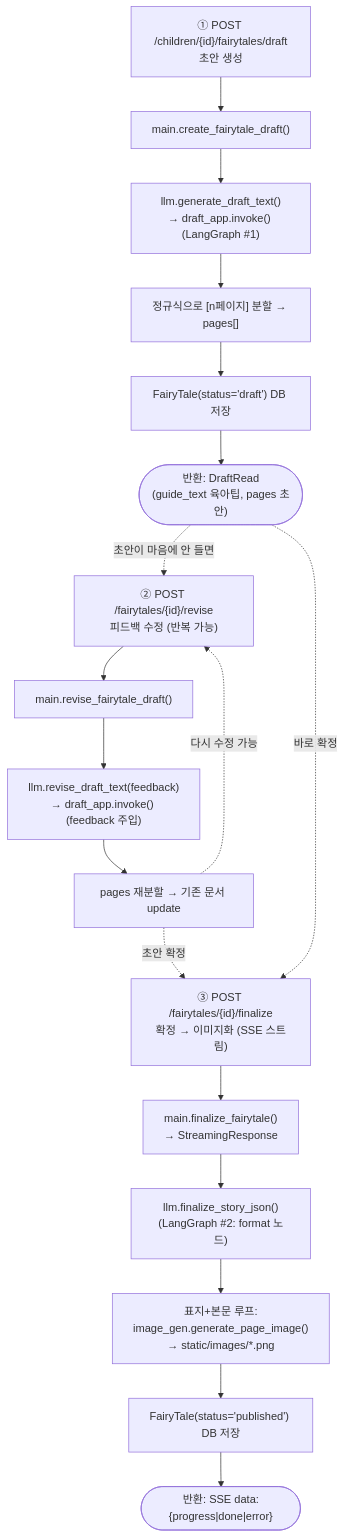
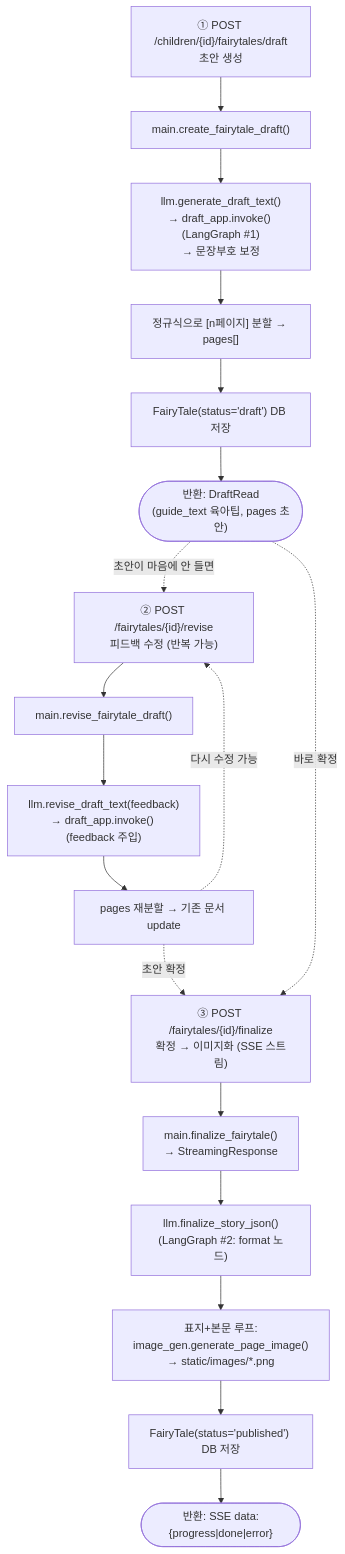
One commit to sjung-csumb/storyTeller changed the second of 8 diagrams in 260707project/FLOWCHART.md. Above: the diagram before and after it, drawn with Mermaid. The commit also changed other lines of this file and 50 other files, not shown here.

````diff
--- a/260707project/FLOWCHART.md
+++ b/260707project/FLOWCHART.md
@@ -56,29 +69,29 @@
 ```mermaid
 flowchart TD
     A["① POST /children/{id}/fairytales/draft<br/>초안 생성"]
     A1["main.create_fairytale_draft()"]
-    A2["llm.generate_draft_text()<br/>→ draft_app.invoke() (LangGraph #1)"]
+    A2["llm.generate_draft_text()<br/>→ draft_app.invoke() (LangGraph #1)<br/>→ 문장부호 보정"]
     A3["정규식으로 [n페이지] 분할 → pages[]"]
     A4["FairyTale(status='draft') DB 저장"]
     A5(["반환: DraftRead<br/>(guide_text 육아팁, pages 초안)"])
 
     B["② POST /fairytales/{id}/revise<br/>피드백 수정 (반복 가능)"]
     B1["main.revise_fairytale_draft()"]
     B2["llm.revise_draft_text(feedback)<br/>→ draft_app.invoke() (feedback 주입)"]
     B3["pages 재분할 → 기존 문서 update"]
 
     C["③ POST /fairytales/{id}/finalize<br/>확정 → 이미지화 (SSE 스트림)"]
     C1["main.finalize_fairytale()<br/>→ StreamingResponse"]
     C2["llm.finalize_story_json()<br/>(LangGraph #2: format 노드)"]
     C3["표지+본문 루프:<br/>image_gen.generate_page_image()<br/>→ static/images/*.png"]
     C4["FairyTale(status='published') DB 저장"]
     C5(["반환: SSE data:{progress|done|error}"])
 
     A --> A1 --> A2 --> A3 --> A4 --> A5
     A5 -. "초안이 마음에 안 들면" .-> B
     B --> B1 --> B2 --> B3
     B3 -. "다시 수정 가능" .-> B
     B3 -. "초안 확정" .-> C
     A5 -. "바로 확정" .-> C
     C --> C1 --> C2 --> C3 --> C4 --> C5
 ```
````
